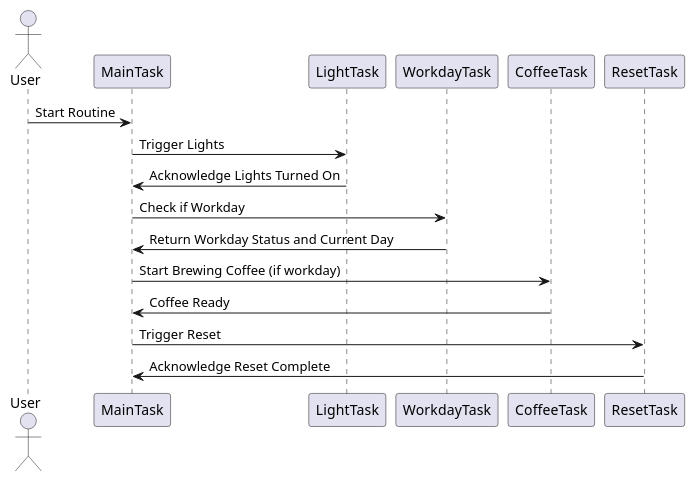
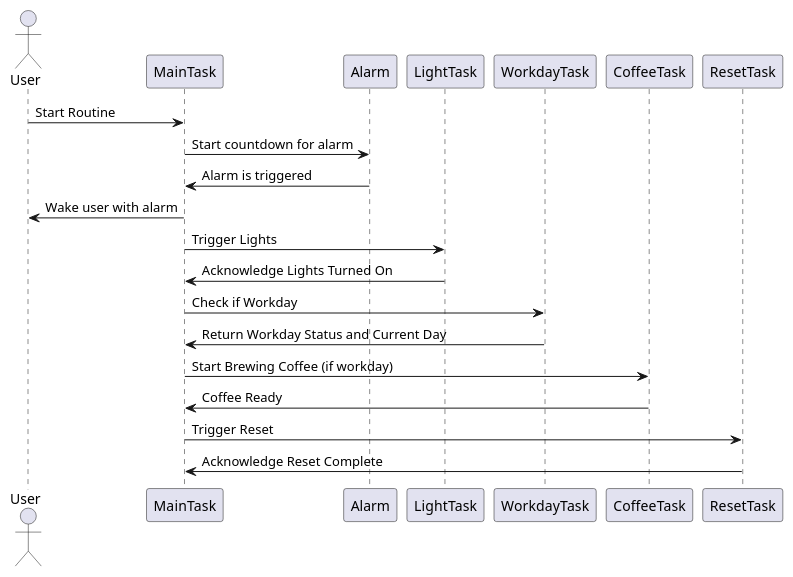
One commit to MilanOudeNijeweme/Individual-Assignment-MilanON changed the diagram in SequenceDiagramcommunicatoin_Morning_Routine_MilanON.puml. Above: the diagram before and after it, drawn with PlantUML. The commit also changed 3 other files, not shown here.

Commit message:
Improved the diagrams

```diff
--- a/SequenceDiagramcommunicatoin_Morning_Routine_MilanON.puml
+++ b/SequenceDiagramcommunicatoin_Morning_Routine_MilanON.puml
@@ -1,25 +1,30 @@
-@startuml Sequence Diagram Communcation Morning Routine
+@startuml Sequence Diagram Communication Morning Routine
 actor User
 
 participant MainTask
+participant Alarm
 participant LightTask
 participant WorkdayTask
 participant CoffeeTask
 participant ResetTask
 
 User -> MainTask : Start Routine
 
+MainTask -> Alarm : Start countdown for alarm
+Alarm -> MainTask : Alarm is triggered
+
+MainTask -> User : Wake user with alarm
+
 MainTask -> LightTask : Trigger Lights
 LightTask -> MainTask : Acknowledge Lights Turned On
 
 MainTask -> WorkdayTask : Check if Workday
-
 WorkdayTask -> MainTask : Return Workday Status and Current Day
 
 MainTask -> CoffeeTask : Start Brewing Coffee (if workday)
 CoffeeTask -> MainTask : Coffee Ready
 
 MainTask -> ResetTask : Trigger Reset
 ResetTask -> MainTask : Acknowledge Reset Complete
 
 @enduml
```
